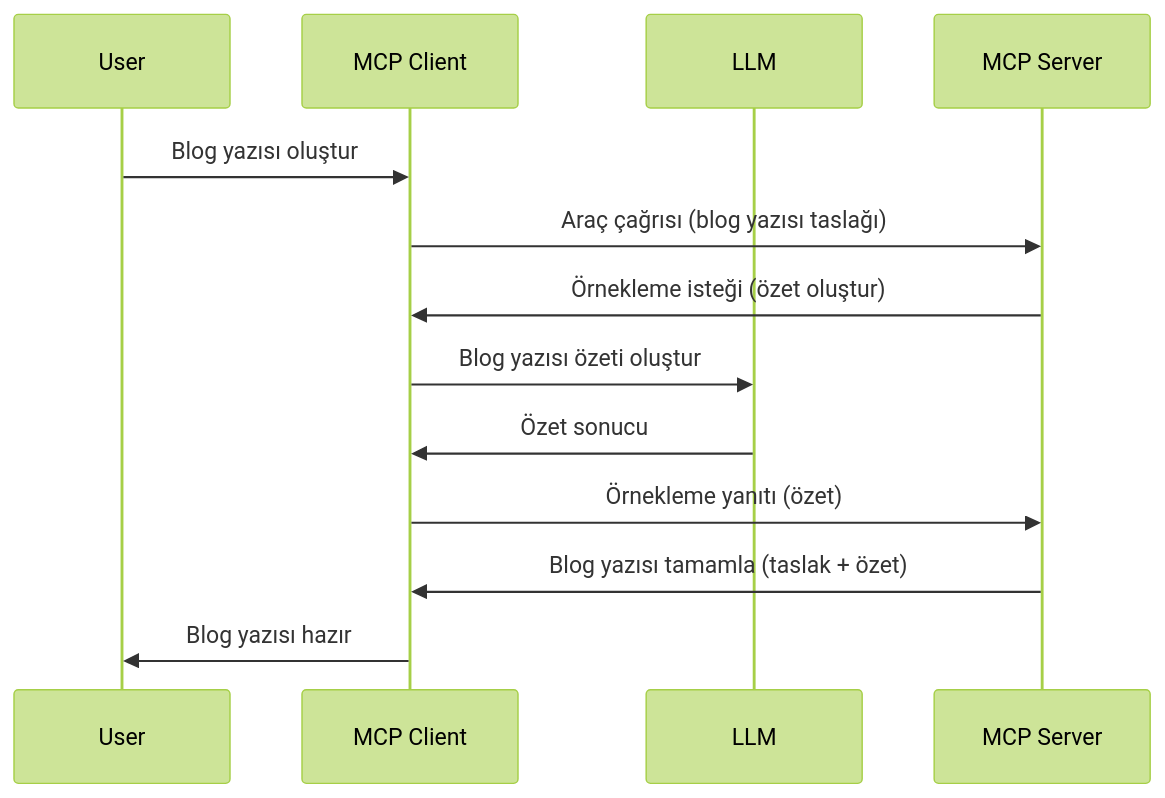
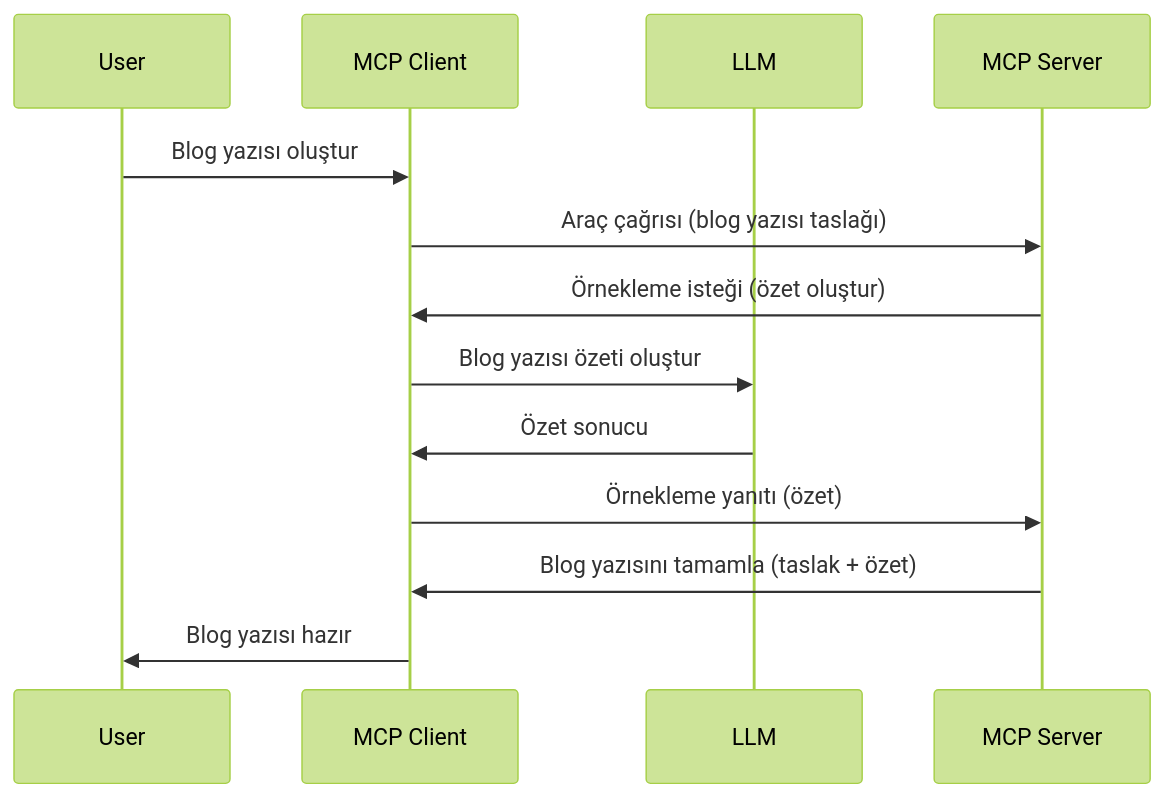
Before and after one commit to HIDORAKAI002/ai-workspace-archive: the diagram in mcp_ecosystem__model_context_protocol/mcp_learning_resources/mcp-for-beginners/translations/tr/03-GettingStarted/14-sampling/README.md, drawn with Mermaid (forest theme). The commit also changed other lines of this file and 1539 other files, not shown here.

````diff
--- a/mcp_ecosystem__model_context_protocol/mcp_learning_resources/mcp-for-beginners/translations/tr/03-GettingStarted/14-sampling/README.md
+++ b/mcp_ecosystem__model_context_protocol/mcp_learning_resources/mcp-for-beginners/translations/tr/03-GettingStarted/14-sampling/README.md
@@ -23,16 +23,16 @@
 ```mermaid
 sequenceDiagram
     participant User
     participant MCP Client
     participant LLM
     participant MCP Server
 
     User->>MCP Client: Blog yazısı oluştur
     MCP Client->>MCP Server: Araç çağrısı (blog yazısı taslağı)
     MCP Server->>MCP Client: Örnekleme isteği (özet oluştur)
     MCP Client->>LLM: Blog yazısı özeti oluştur
     LLM->>MCP Client: Özet sonucu
     MCP Client->>MCP Server: Örnekleme yanıtı (özet)
-    MCP Server->>MCP Client: Blog yazısı tamamla (taslak + özet)
+    MCP Server->>MCP Client: Blog yazısını tamamla (taslak + özet)
     MCP Client->>User: Blog yazısı hazır
 ```
````
